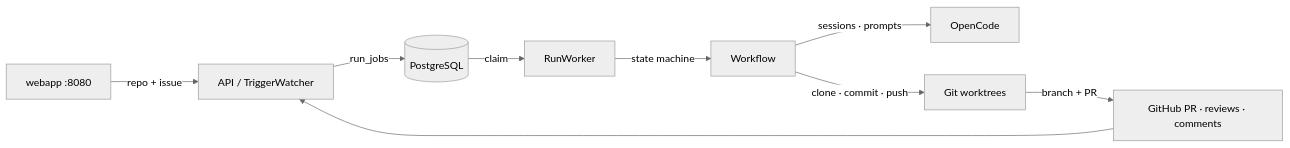
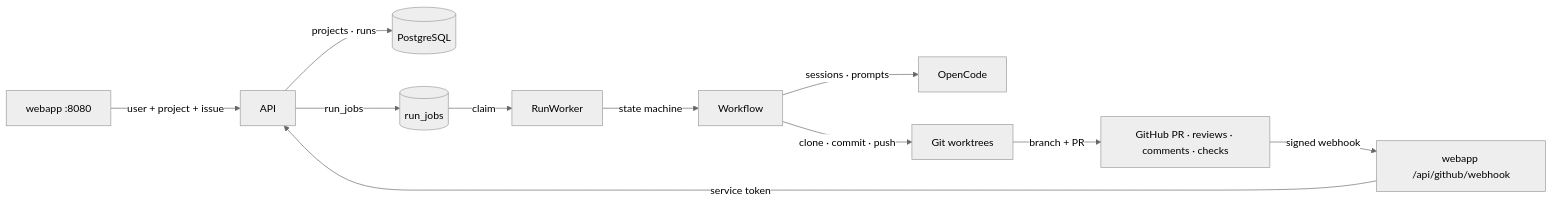
One commit to wyunreal/software-factory changed the first of 2 diagrams in docs/architecture.md. Above: the diagram before and after it, drawn with Mermaid (neutral theme). The commit also changed other lines of this file and 46 other files, not shown here.

First line of the commit message:
feat: add projects and GitHub App event ingestion

````diff
--- a/docs/architecture.md
+++ b/docs/architecture.md
@@ -10,11 +11,13 @@
 ```mermaid
 flowchart LR
-  W["webapp :8080"] -->|repo + issue| O["API / TriggerWatcher"]
-  GH["GitHub PR · reviews · comments"] --> O
-  O -->|run_jobs| Q[("PostgreSQL")]
+  W["webapp :8080"] -->|user + project + issue| API["API"]
+  GH["GitHub PR · reviews · comments · checks"] -->|signed webhook| WH["webapp /api/github/webhook"]
+  WH -->|service token| API
+  API -->|projects · runs| DB[("PostgreSQL")]
+  API -->|run_jobs| Q[("run_jobs")]
   Q -->|claim| R["RunWorker"]
   R -->|state machine| WF["Workflow"]
   WF -->|sessions · prompts| OC["OpenCode"]
   WF -->|clone · commit · push| G["Git worktrees"]
   G -->|branch + PR| GH
 ```
````
